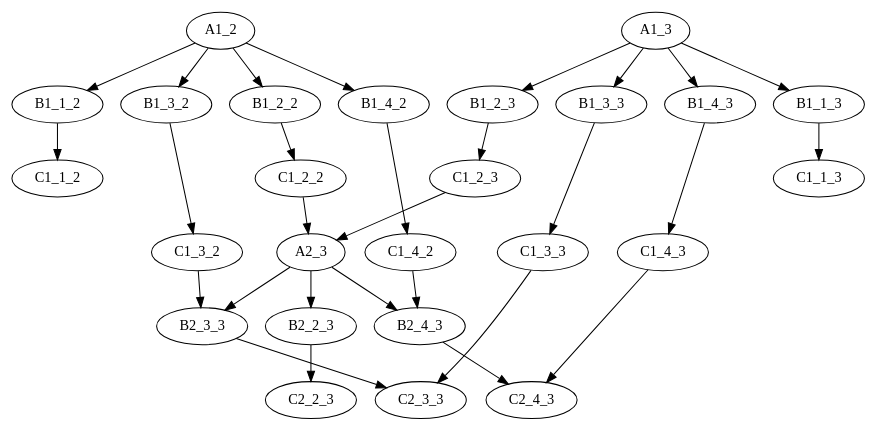
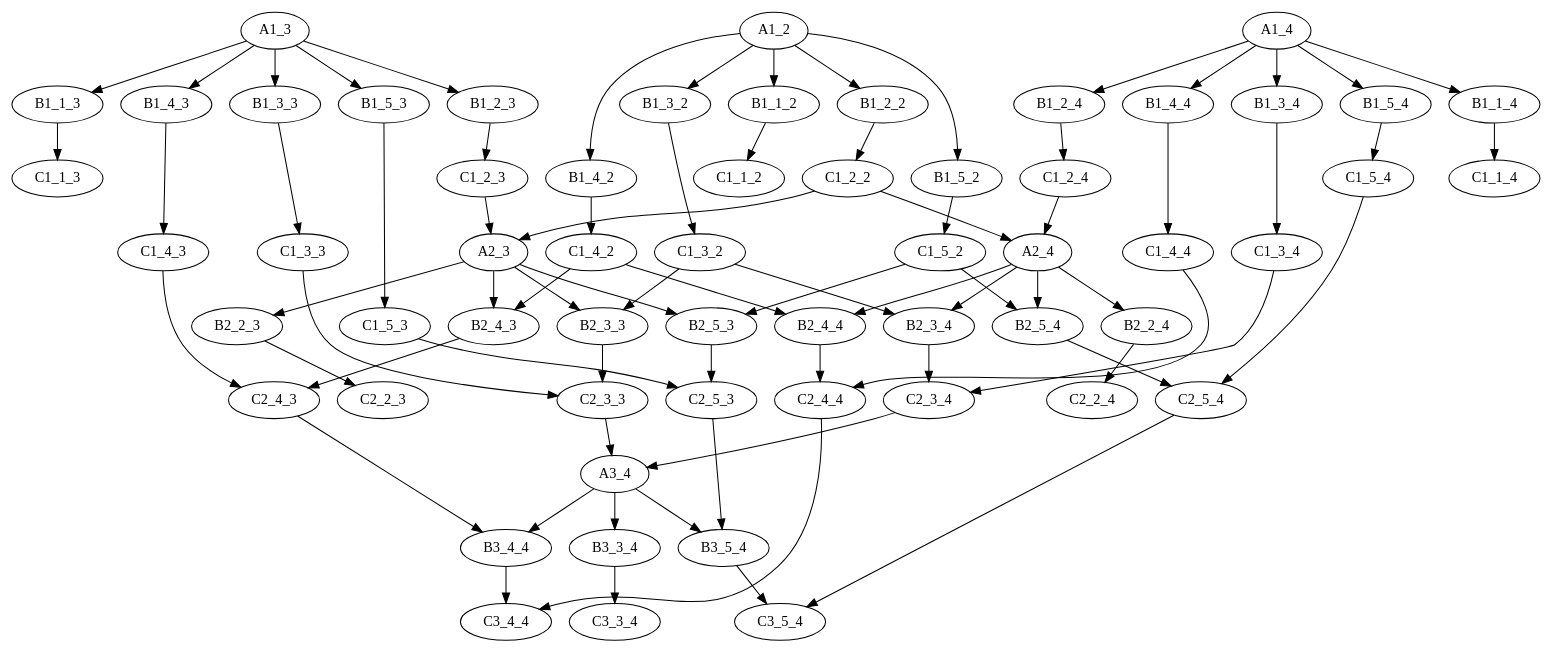
The diagram in homeworks/Concurrent_Gaussian_Eliminator/outputs/graph.dot (jaugustyn02/concurrency-theory), drawn with Graphviz before and after one commit. The commit also changed 14 other files, not shown here.

```diff
--- a/homeworks/Concurrent_Gaussian_Eliminator/outputs/graph.dot
+++ b/homeworks/Concurrent_Gaussian_Eliminator/outputs/graph.dot
@@ -28,80 +28,225 @@
     label=C1_4_2
   ];
   9 [
+    label=B1_5_2
+  ];
+  10 [
+    label=C1_5_2
+  ];
+  11 [
     label=A1_3
   ];
-  10 [
+  12 [
     label=B1_1_3
   ];
-  11 [
+  13 [
     label=C1_1_3
   ];
-  12 [
+  14 [
     label=B1_2_3
   ];
-  13 [
+  15 [
     label=C1_2_3
   ];
-  14 [
+  16 [
     label=B1_3_3
   ];
-  15 [
+  17 [
     label=C1_3_3
   ];
-  16 [
+  18 [
     label=B1_4_3
   ];
-  17 [
+  19 [
     label=C1_4_3
   ];
-  18 [
+  20 [
+    label=B1_5_3
+  ];
+  21 [
+    label=C1_5_3
+  ];
+  22 [
+    label=A1_4
+  ];
+  23 [
+    label=B1_1_4
+  ];
+  24 [
+    label=C1_1_4
+  ];
+  25 [
+    label=B1_2_4
+  ];
+  26 [
+    label=C1_2_4
+  ];
+  27 [
+    label=B1_3_4
+  ];
+  28 [
+    label=C1_3_4
+  ];
+  29 [
+    label=B1_4_4
+  ];
+  30 [
+    label=C1_4_4
+  ];
+  31 [
+    label=B1_5_4
+  ];
+  32 [
+    label=C1_5_4
+  ];
+  33 [
     label=A2_3
   ];
-  19 [
+  34 [
     label=B2_2_3
   ];
-  20 [
+  35 [
     label=C2_2_3
   ];
-  21 [
+  36 [
     label=B2_3_3
   ];
-  22 [
+  37 [
     label=C2_3_3
   ];
-  23 [
+  38 [
     label=B2_4_3
   ];
-  24 [
+  39 [
     label=C2_4_3
+  ];
+  40 [
+    label=B2_5_3
+  ];
+  41 [
+    label=C2_5_3
+  ];
+  42 [
+    label=A2_4
+  ];
+  43 [
+    label=B2_2_4
+  ];
+  44 [
+    label=C2_2_4
+  ];
+  45 [
+    label=B2_3_4
+  ];
+  46 [
+    label=C2_3_4
+  ];
+  47 [
+    label=B2_4_4
+  ];
+  48 [
+    label=C2_4_4
+  ];
+  49 [
+    label=B2_5_4
+  ];
+  50 [
+    label=C2_5_4
+  ];
+  51 [
+    label=A3_4
+  ];
+  52 [
+    label=B3_3_4
+  ];
+  53 [
+    label=C3_3_4
+  ];
+  54 [
+    label=B3_4_4
+  ];
+  55 [
+    label=C3_4_4
+  ];
+  56 [
+    label=B3_5_4
+  ];
+  57 [
+    label=C3_5_4
   ];
 
   0 -> 1;
   0 -> 3;
   0 -> 5;
   0 -> 7;
+  0 -> 9;
   1 -> 2;
   3 -> 4;
-  4 -> 18;
+  4 -> 33;
+  4 -> 42;
   5 -> 6;
-  6 -> 21;
+  6 -> 36;
+  6 -> 45;
   7 -> 8;
-  8 -> 23;
+  8 -> 38;
+  8 -> 47;
   9 -> 10;
-  9 -> 12;
-  9 -> 14;
-  9 -> 16;
-  10 -> 11;
+  10 -> 40;
+  10 -> 49;
+  11 -> 12;
+  11 -> 14;
+  11 -> 16;
+  11 -> 18;
+  11 -> 20;
   12 -> 13;
-  13 -> 18;
   14 -> 15;
-  15 -> 22;
+  15 -> 33;
   16 -> 17;
-  17 -> 24;
+  17 -> 37;
   18 -> 19;
-  18 -> 21;
-  18 -> 23;
-  19 -> 20;
-  21 -> 22;
+  19 -> 39;
+  20 -> 21;
+  21 -> 41;
+  22 -> 23;
+  22 -> 25;
+  22 -> 27;
+  22 -> 29;
+  22 -> 31;
   23 -> 24;
+  25 -> 26;
+  26 -> 42;
+  27 -> 28;
+  28 -> 46;
+  29 -> 30;
+  30 -> 48;
+  31 -> 32;
+  32 -> 50;
+  33 -> 34;
+  33 -> 36;
+  33 -> 38;
+  33 -> 40;
+  34 -> 35;
+  36 -> 37;
+  37 -> 51;
+  38 -> 39;
+  39 -> 54;
+  40 -> 41;
+  41 -> 56;
+  42 -> 43;
+  42 -> 45;
+  42 -> 47;
+  42 -> 49;
+  43 -> 44;
+  45 -> 46;
+  46 -> 51;
+  47 -> 48;
+  48 -> 55;
+  49 -> 50;
+  50 -> 57;
+  51 -> 52;
+  51 -> 54;
+  51 -> 56;
+  52 -> 53;
+  54 -> 55;
+  56 -> 57;
 }
```
